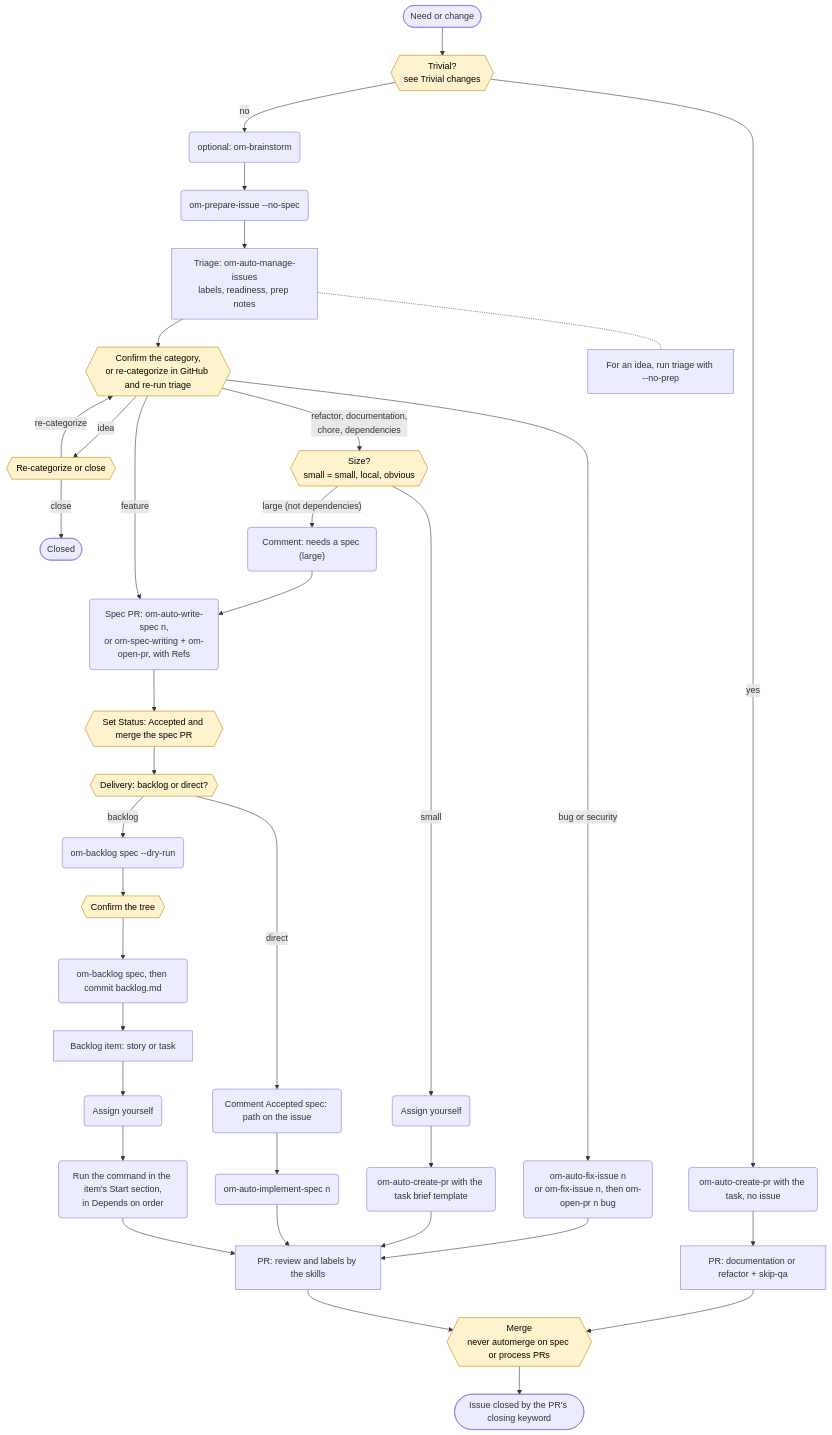
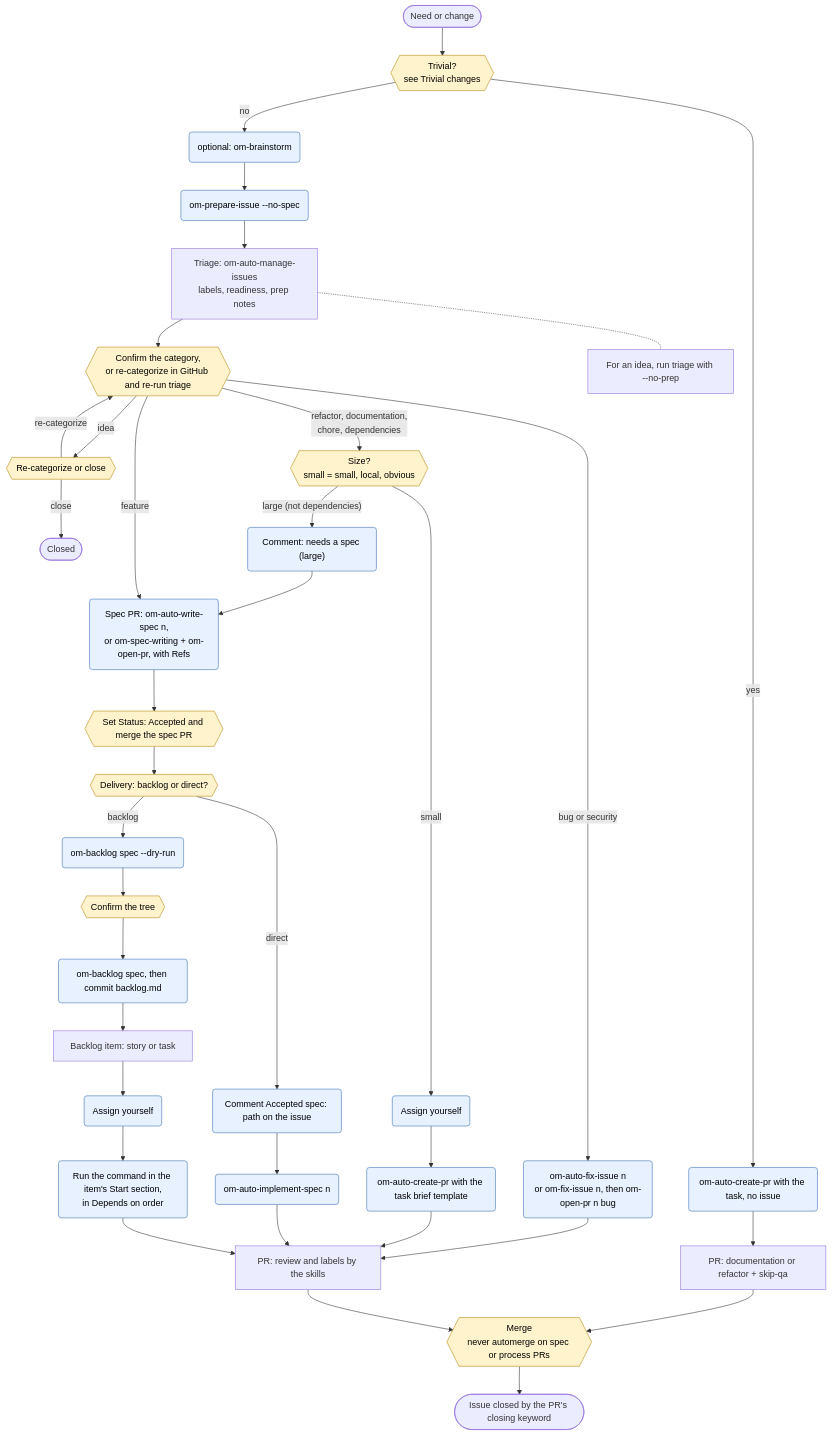
Before and after one commit to AZITWB/om-sdlc-sandbox: the diagram in SDLC-routes.md, drawn with Mermaid.

Commit message:
fix(sdlc): restore command-node styling in the route diagram
Review finding on #26: removing phaseRun also dropped the class line for every command node. Refs #19

````diff
--- a/SDLC-routes.md
+++ b/SDLC-routes.md
@@ -12,51 +12,52 @@
 ```mermaid
 flowchart TD
     need([Need or change]) --> trivialQ{{"Trivial?<br/>see Trivial changes"}}
     trivialQ -- yes --> trivialRun("om-auto-create-pr with the task, no issue")
     trivialRun --> trivialPR["PR: documentation or refactor + skip-qa"]
     trivialPR --> merge
 
     trivialQ -- no --> brainstorm("optional: om-brainstorm")
     brainstorm --> intake("om-prepare-issue --no-spec")
     intake --> triage["Triage: om-auto-manage-issues<br/>labels, readiness, prep notes"]
     triage --> confirm{{"Confirm the category,<br/>or re-categorize in GitHub and re-run triage"}}
     triage -.- prepNote["For an idea, run triage with --no-prep"]
 
     confirm -- idea --> ideaQ{{"Re-categorize or close"}}
     ideaQ -- re-categorize --> confirm
     ideaQ -- close --> closed([Closed])
 
     confirm -- "bug or security" --> bugRun("om-auto-fix-issue n<br/>or om-fix-issue n, then om-open-pr n bug")
     bugRun --> pr
 
     confirm -- "refactor, documentation,<br/>chore, dependencies" --> sizeQ{{"Size?<br/>small = small, local, obvious"}}
     sizeQ -- small --> assignTask("Assign yourself")
     assignTask --> taskRun("om-auto-create-pr with the task brief template")
     taskRun --> pr
     sizeQ -- "large (not dependencies)" --> largeNote("Comment: needs a spec (large)")
     largeNote --> specPR
 
     confirm -- feature --> specPR("Spec PR: om-auto-write-spec n,<br/>or om-spec-writing + om-open-pr, with Refs")
     specPR --> accept{{"Set Status: Accepted and merge the spec PR"}}
     accept --> deliveryQ{{"Delivery: backlog or direct?"}}
 
     deliveryQ -- backlog --> backlogDry("om-backlog spec --dry-run")
     backlogDry --> backlogOk{{"Confirm the tree"}}
     backlogOk --> backlogRun("om-backlog spec, then commit backlog.md")
     backlogRun --> item
 
     deliveryQ -- direct --> directComment("Comment Accepted spec: path on the issue")
     directComment --> directRun("om-auto-implement-spec n")
     directRun --> pr
 
     item["Backlog item: story or task"] --> assignItem("Assign yourself")
     assignItem --> startRun("Run the command in the item's Start section,<br/>in Depends on order")
     startRun --> pr
 
     pr["PR: review and labels by the skills"] --> merge{{"Merge<br/>never automerge on spec or process PRs"}}
     merge --> done([Issue closed by the PR's closing keyword])
 
     classDef human fill:#fff3cd,stroke:#b8860b,color:#000
     classDef cmd fill:#e7f1ff,stroke:#3b6fb6,color:#000
     class trivialQ,confirm,ideaQ,sizeQ,accept,deliveryQ,backlogOk,merge human
+    class trivialRun,brainstorm,intake,bugRun,assignTask,taskRun,largeNote,specPR,backlogDry,backlogRun,directComment,directRun,assignItem,startRun cmd
 ```
````
